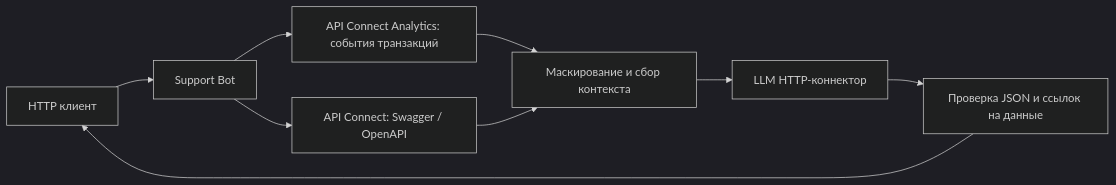
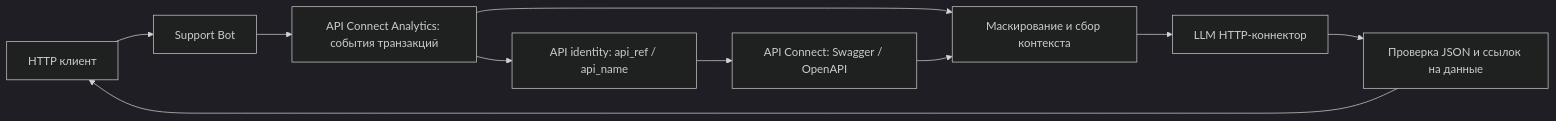
The diagram in README.md (SergeyPaponov/support-bot), drawn with Mermaid (dark theme) before and after one commit. The commit also changed other lines of this file and 18 other files, not shown here.

````diff
--- a/README.md
+++ b/README.md
@@ -11,11 +11,12 @@
 ```mermaid
 flowchart LR
   Client[HTTP клиент] --> Server[Support Bot]
   Server --> Analytics[API Connect Analytics: события транзакций]
-  Server --> APIC[API Connect: Swagger / OpenAPI]
+  Analytics --> Identity[API identity: api_ref / api_name]
+  Identity --> APIC[API Connect: Swagger / OpenAPI]
   Analytics --> Context[Маскирование и сбор контекста]
   APIC --> Context
   Context --> LLM[LLM HTTP-коннектор]
   LLM --> Validate[Проверка JSON и ссылок на данные]
   Validate --> Client
 ```
````
